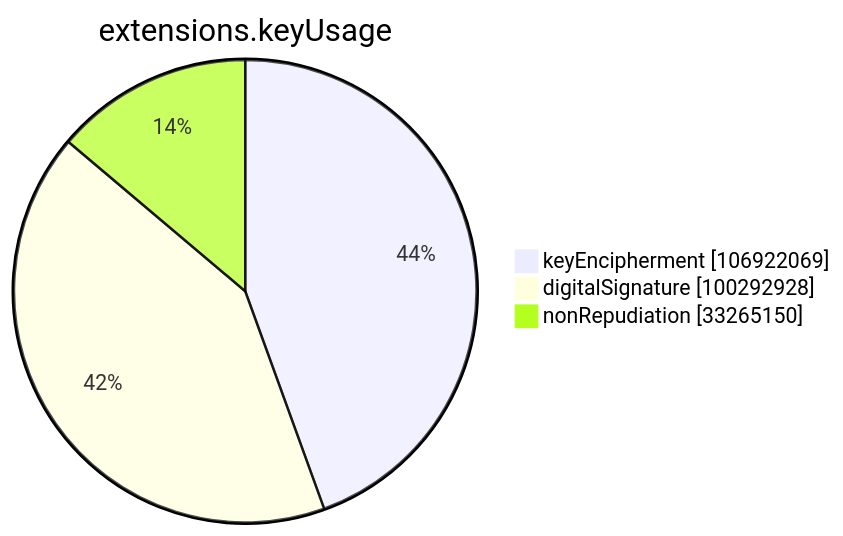
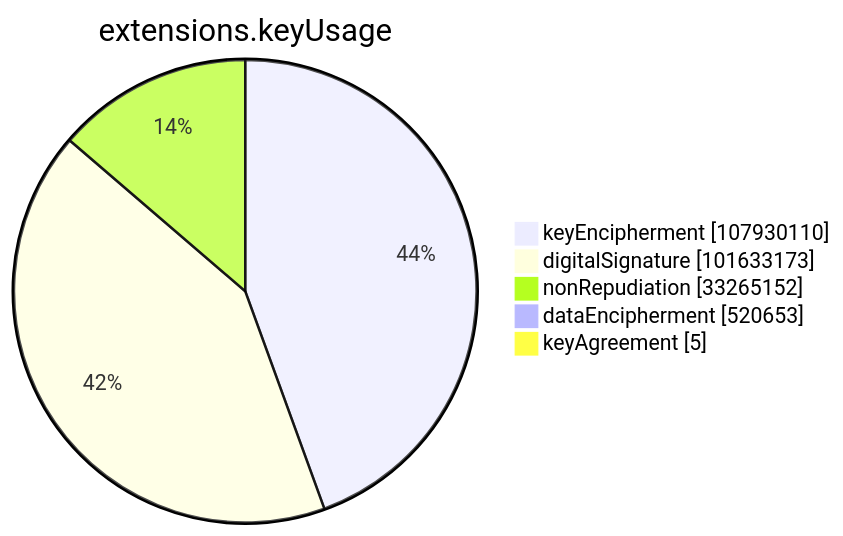
Before and after one commit to christiankrug/ctmonitor_visualization: the sixth of 15 diagrams in xenon2023/README.md, drawn with Mermaid. The commit also changed other lines of this file, not shown here.

````diff
--- a/xenon2023/README.md
+++ b/xenon2023/README.md
@@ -2110,7 +2115,9 @@
 ```mermaid
 pie showData
 title extensions.keyUsage
-"keyEncipherment" :106922069
-"digitalSignature" :100292928
-"nonRepudiation" :33265150
+"keyEncipherment" :107930110
+"digitalSignature" :101633173
+"nonRepudiation" :33265152
+"dataEncipherment" :520653
+"keyAgreement" :5
 ```
````
